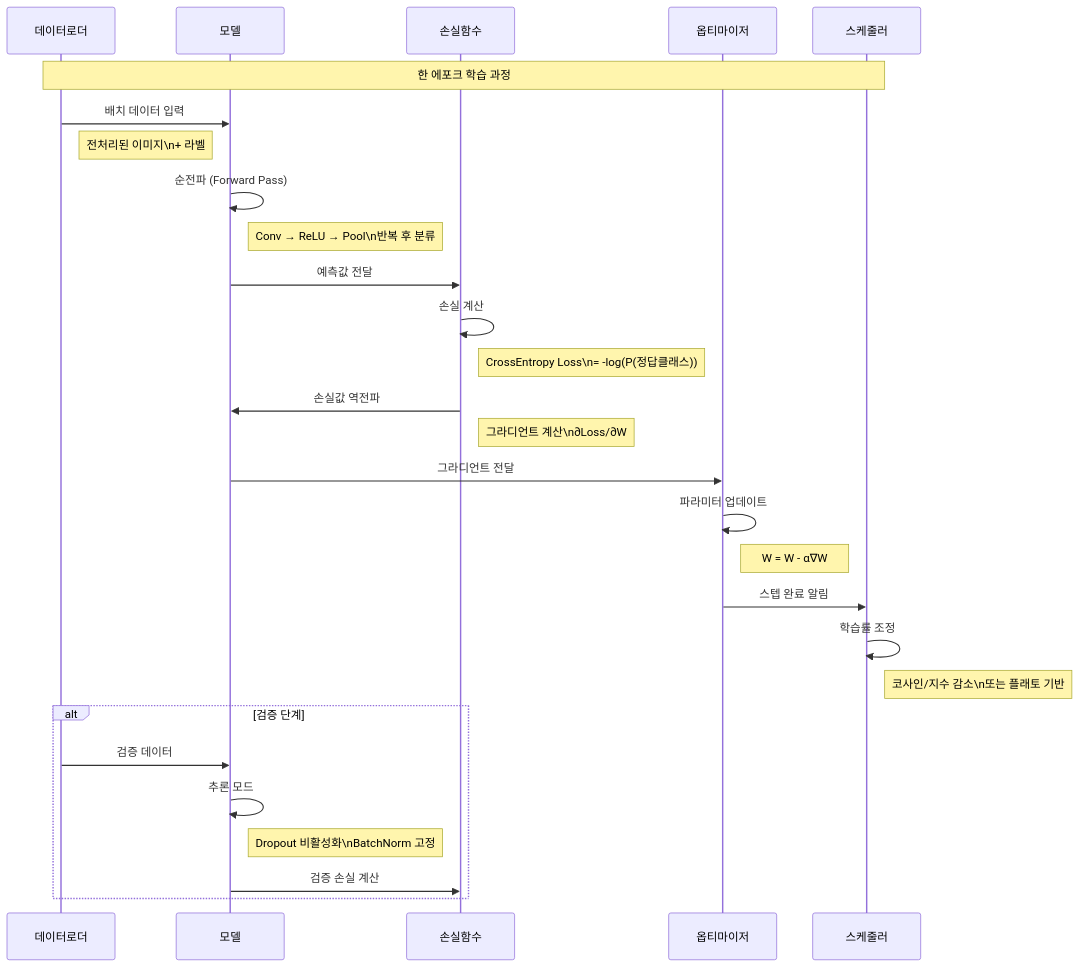
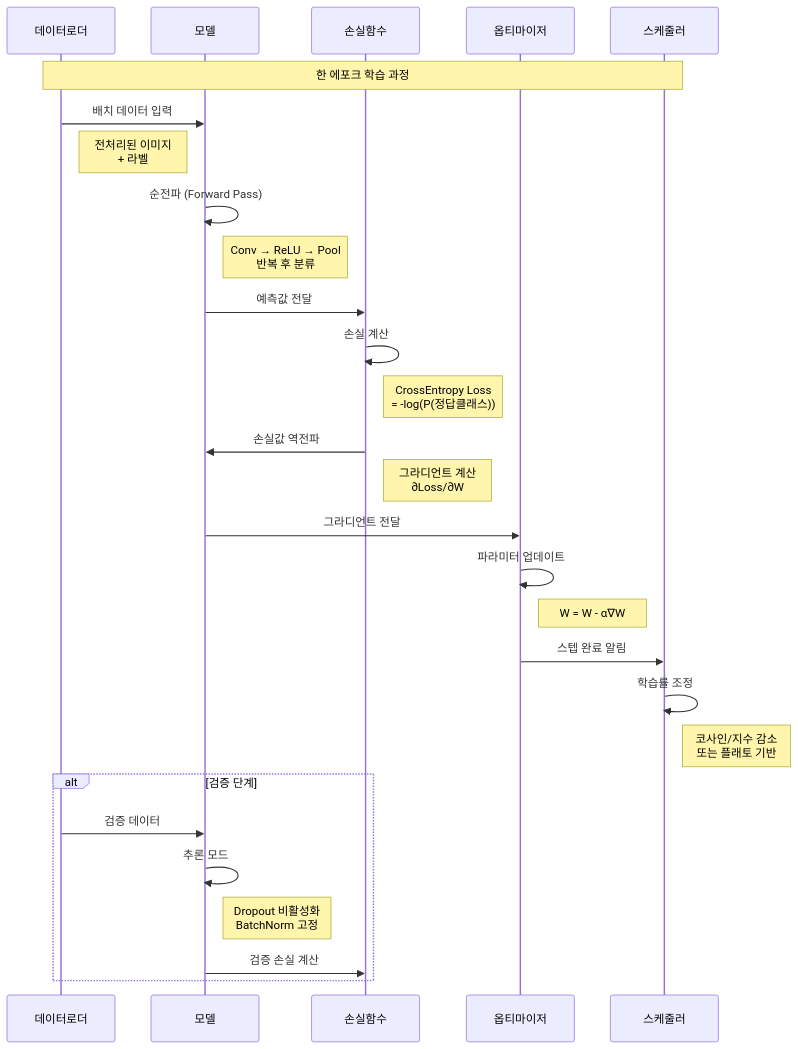
Before and after one commit to c0z0c/sprint_mission: the seventh of 7 diagrams in 스터디/이미지와_컴퓨터비전_학습자료.md, drawn with Mermaid. The commit also changed other lines of this file, not shown here.

````diff
--- a/스터디/이미지와_컴퓨터비전_학습자료.md
+++ b/스터디/이미지와_컴퓨터비전_학습자료.md
@@ -370,38 +374,38 @@
 ```mermaid
 sequenceDiagram
     participant D as 데이터로더
     participant M as 모델
     participant L as 손실함수
     participant O as 옵티마이저
     participant S as 스케줄러
     
     Note over D,S: 한 에포크 학습 과정
     
     D->>M: 배치 데이터 입력
-    Note right of D: 전처리된 이미지\n+ 라벨
+    Note right of D: 전처리된 이미지<br/>+ 라벨
     
     M->>M: 순전파 (Forward Pass)
-    Note right of M: Conv → ReLU → Pool\n반복 후 분류
+    Note right of M: Conv → ReLU → Pool<br/>반복 후 분류
     
     M->>L: 예측값 전달
     L->>L: 손실 계산
-    Note right of L: CrossEntropy Loss\n= -log(P(정답클래스))
+    Note right of L: CrossEntropy Loss<br/>= -log(P(정답클래스))
     
     L->>M: 손실값 역전파
-    Note right of L: 그라디언트 계산\n∂Loss/∂W
+    Note right of L: 그라디언트 계산<br/>∂Loss/∂W
     
     M->>O: 그라디언트 전달
     O->>O: 파라미터 업데이트
     Note right of O: W = W - α∇W
     
     O->>S: 스텝 완료 알림
     S->>S: 학습률 조정
-    Note right of S: 코사인/지수 감소\n또는 플래토 기반
+    Note right of S: 코사인/지수 감소<br/>또는 플래토 기반
     
     alt 검증 단계
         D->>M: 검증 데이터
         M->>M: 추론 모드
-        Note right of M: Dropout 비활성화\nBatchNorm 고정
+        Note right of M: Dropout 비활성화<br/>BatchNorm 고정
         M->>L: 검증 손실 계산
     end
 ```
````
